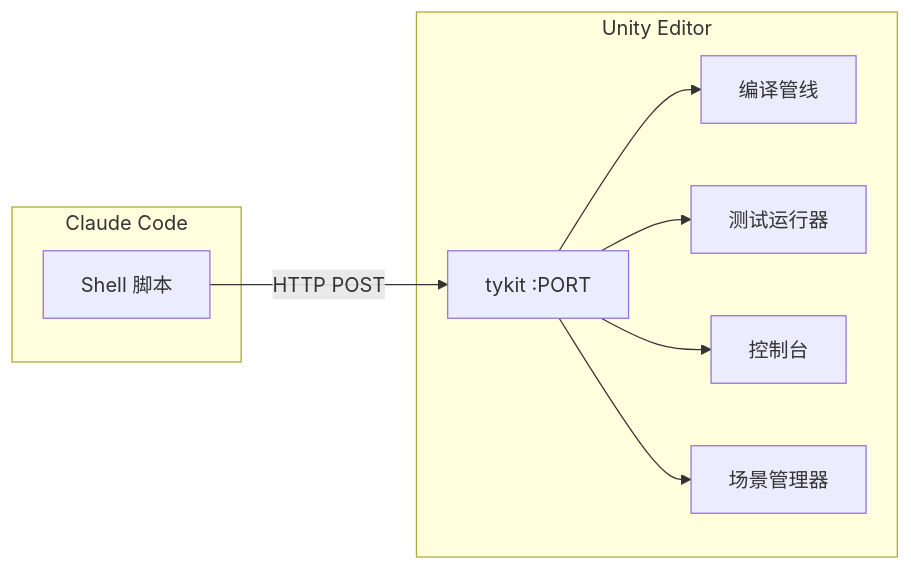
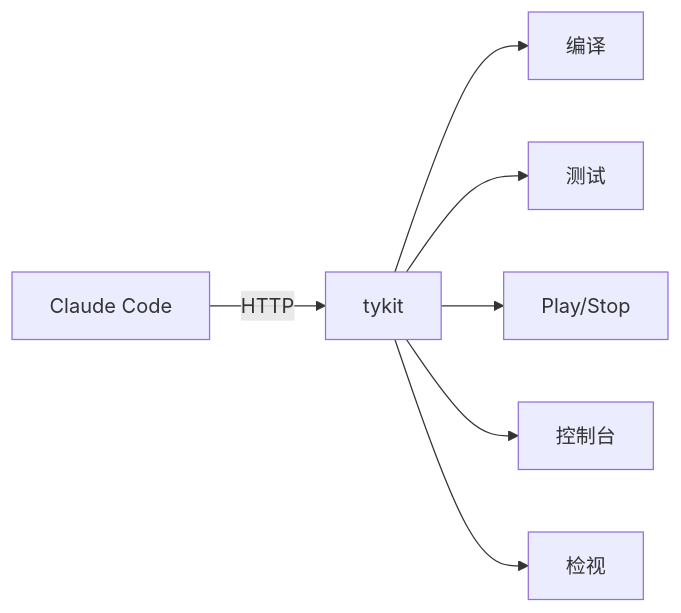
The ninth of 12 diagrams in README.md (brandonle7116/quick-question), drawn with Mermaid before and after one commit. The commit also changed other lines of this file and 6 other files, not shown here.

````diff
--- a/README.md
+++ b/README.md
@@ -742,18 +559,9 @@
 ```mermaid
 flowchart LR
-    subgraph "Claude Code"
-        A[Shell 脚本]
-    end
-    subgraph "Unity Editor"
-        B[tykit :PORT]
-        C[编译管线]
-        D[测试运行器]
-        E[控制台]
-        F[场景管理器]
-    end
-    A -->|"HTTP POST"| B
-    B --> C
-    B --> D
-    B --> E
-    B --> F
+    A["Claude Code"] -->|"HTTP"| B["tykit"]
+    B --> C["编译"]
+    B --> D["测试"]
+    B --> E["Play/Stop"]
+    B --> F["控制台"]
+    B --> G["检视"]
 ```
````
